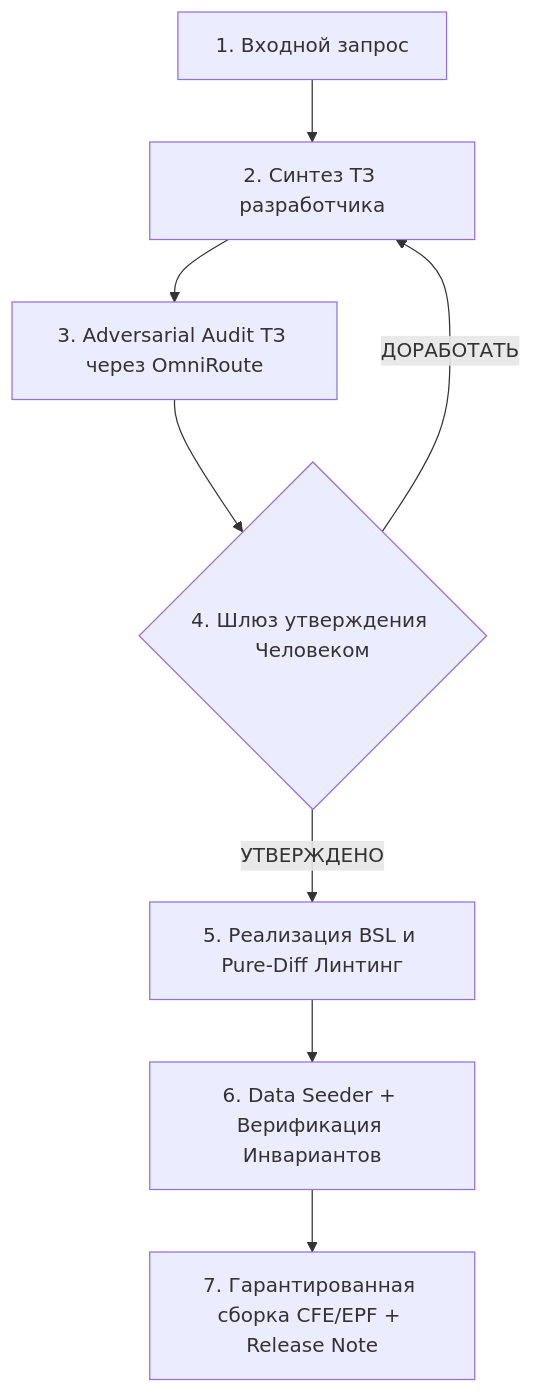
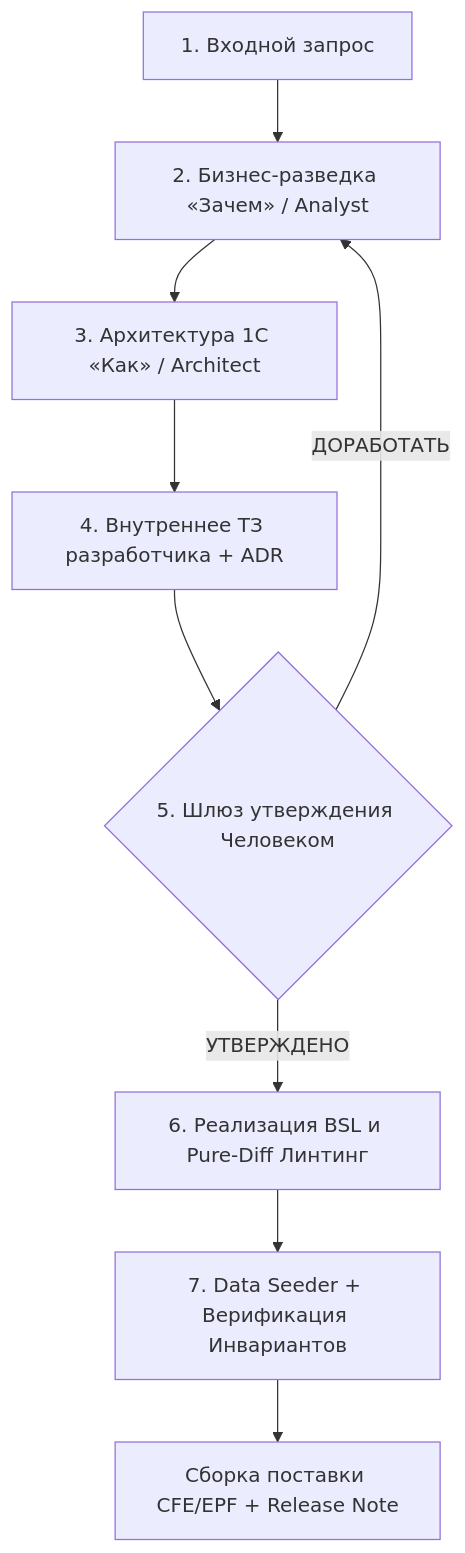
Before and after one commit to kamikido/origami-kernel: the diagram in .agents/plugins/origami-platform/skills/origami-pipeline/SKILL.md, drawn with Mermaid. The commit also changed other lines of this file and 11 other files, not shown here.

Commit message:
feat(core): decouple cognitive facets into analyst and architect roles with 2-phase pipeline

````diff
--- a/.agents/plugins/origami-platform/skills/origami-pipeline/SKILL.md
+++ b/.agents/plugins/origami-platform/skills/origami-pipeline/SKILL.md
@@ -12,10 +12,11 @@
 ```mermaid
 graph TD
-    S1[1. Входной запрос] --> S2[2. Синтез ТЗ разработчика]
-    S2 --> S3[3. Adversarial Audit ТЗ через OmniRoute]
-    S3 --> S4{4. Шлюз утверждения Человеком}
-    S4 -- "УТВЕРЖДЕНО" --> S5[5. Реализация BSL и Pure-Diff Линтинг]
-    S4 -- "ДОРАБОТАТЬ" --> S2
-    S5 --> S6[6. Data Seeder + Верификация Инвариантов]
-    S6 --> S7[7. Гарантированная сборка CFE/EPF + Release Note]
+    S1[1. Входной запрос] --> S2[2. Бизнес-разведка «Зачем» / Analyst]
+    S2 --> S3[3. Архитектура 1С «Как» / Architect]
+    S3 --> S4[4. Внутреннее ТЗ разработчика + ADR]
+    S4 --> S5{5. Шлюз утверждения Человеком}
+    S5 -- "УТВЕРЖДЕНО" --> S6[6. Реализация BSL и Pure-Diff Линтинг]
+    S5 -- "ДОРАБОТАТЬ" --> S2
+    S6 --> S7[7. Data Seeder + Верификация Инвариантов]
+    S7 --> S8[Сборка поставки CFE/EPF + Release Note]
 ```
````
